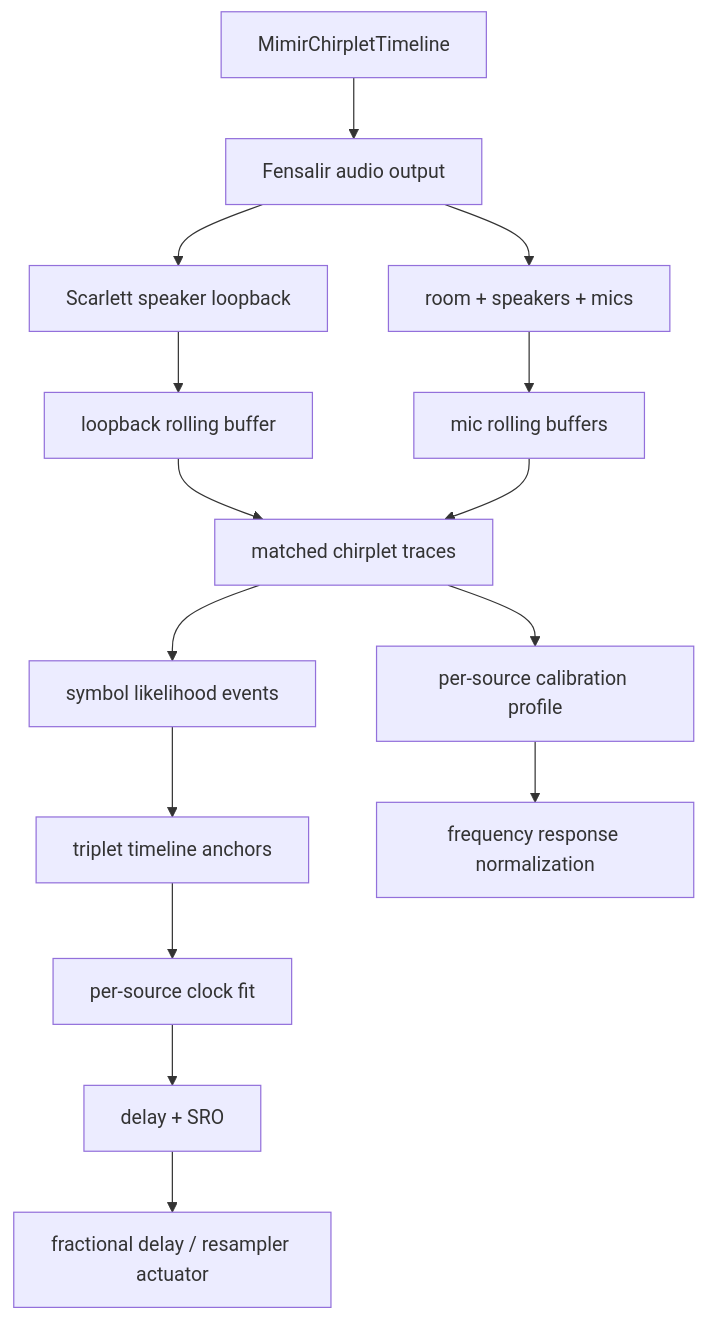
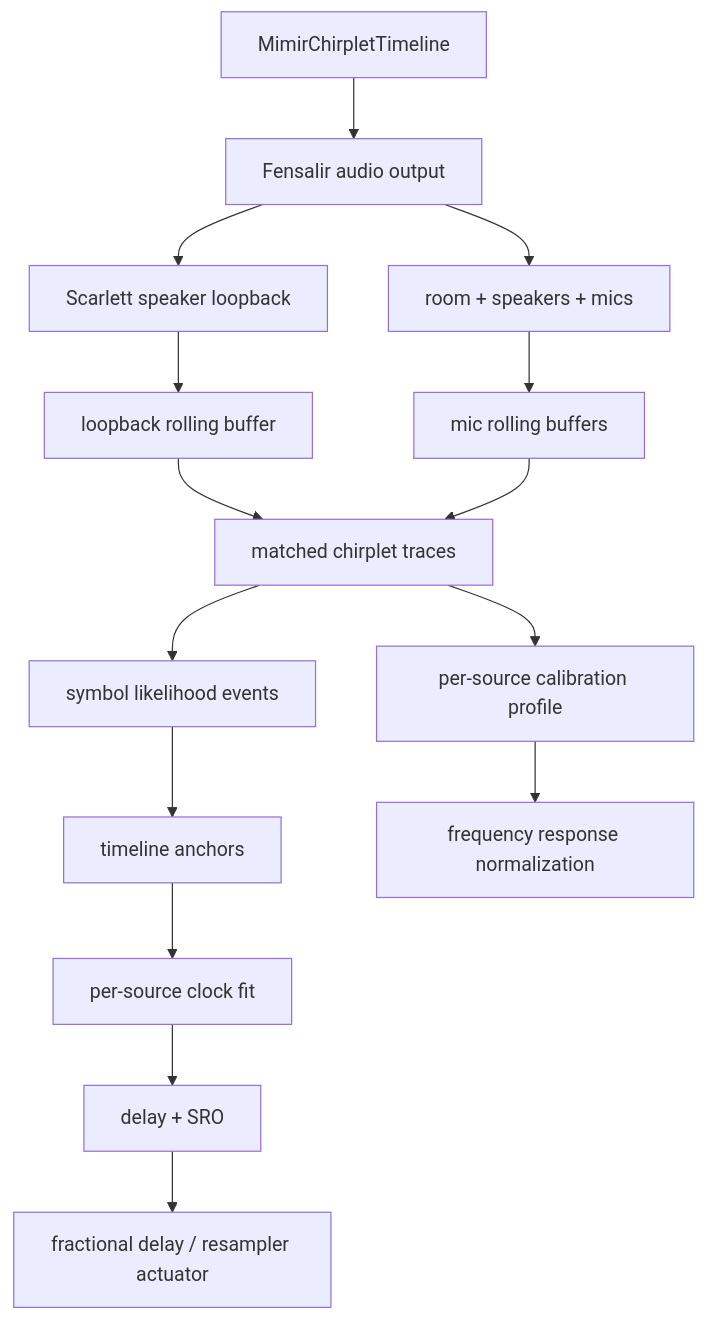
The second of 2 diagrams in docs/audio-field.md (GameCult/Mimir), drawn with Mermaid before and after one commit. The commit also changed other lines of this file and 10 other files, not shown here.

````diff
--- a/docs/audio-field.md
+++ b/docs/audio-field.md
@@ -226,17 +226,17 @@
 ```mermaid
 flowchart TD
     A["MimirChirpletTimeline"] --> B["Fensalir audio output"]
     B --> C["Scarlett speaker loopback"]
     B --> D["room + speakers + mics"]
     C --> E["loopback rolling buffer"]
     D --> F["mic rolling buffers"]
     E --> G["matched chirplet traces"]
     F --> G
     G --> H["symbol likelihood events"]
-    H --> L["triplet timeline anchors"]
+    H --> L["timeline anchors"]
     L --> M["per-source clock fit"]
     M --> N["delay + SRO"]
     G --> I["per-source calibration profile"]
     N --> J["fractional delay / resampler actuator"]
     I --> K["frequency response normalization"]
 ```
````
